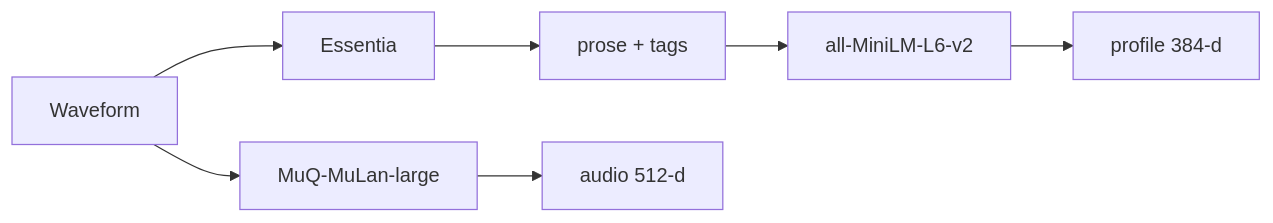
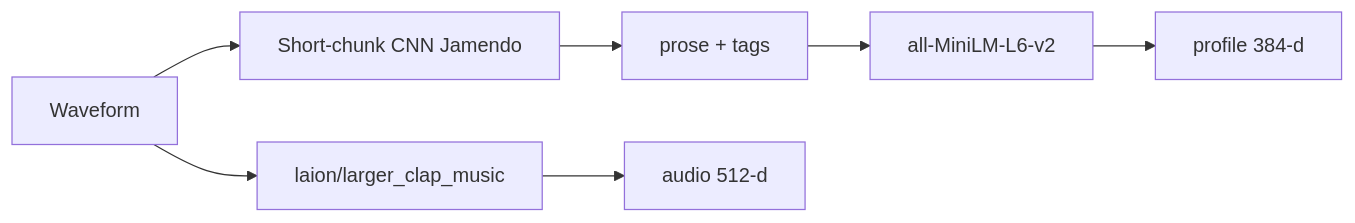
One commit to gabrielemidulla/0x1audio changed the second of 5 diagrams in apps/ml-worker/README.md. Above: the diagram before and after it, drawn with Mermaid. The commit also changed other lines of this file and 25 other files, not shown here.

First line of the commit message:
Replace MuQ and Essentia with commercially-licensed CLAP and Short-chunk CNN.

````diff
--- a/apps/ml-worker/README.md
+++ b/apps/ml-worker/README.md
@@ -25,9 +25,9 @@
 ```mermaid
 flowchart LR
-  Waveform --> MuQ[MuQ-MuLan-large]
-  Waveform --> Essentia
-  Essentia --> Prose[prose + tags]
+  Waveform --> CLAP[laion/larger_clap_music]
+  Waveform --> Tagger[Short-chunk CNN Jamendo]
+  Tagger --> Prose[prose + tags]
   Prose --> MiniLM[all-MiniLM-L6-v2]
-  MuQ --> Audio["audio 512-d"]
+  CLAP --> Audio["audio 512-d"]
   MiniLM --> Profile["profile 384-d"]
 ```
````
